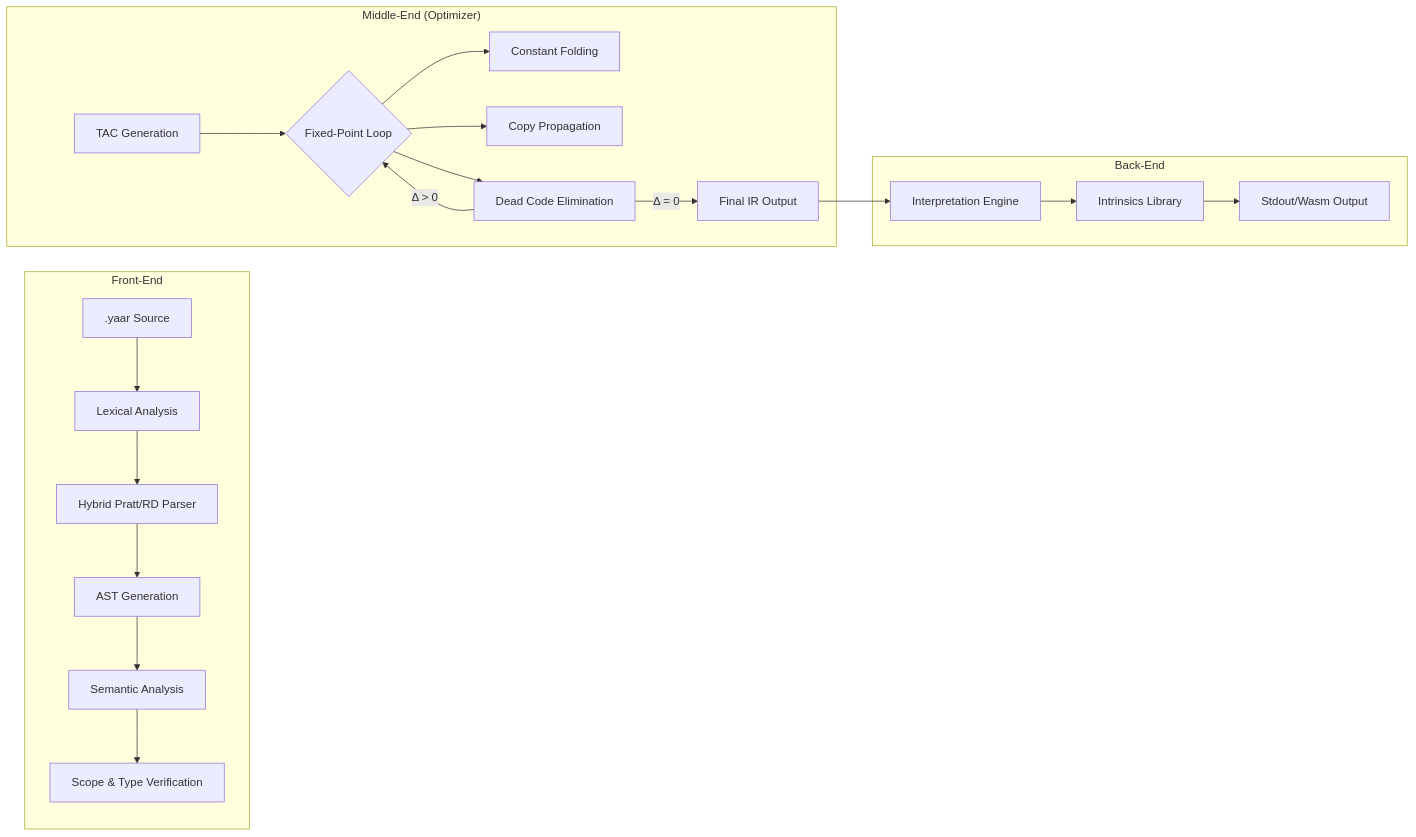
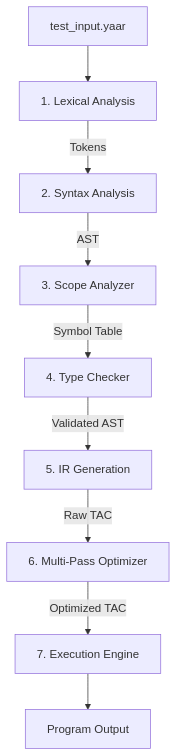
Before and after one commit to BazilSuhail/YaarScript: the diagram in README.md, drawn with Mermaid. The commit also changed other lines of this file and 6 other files, not shown here.

Commit message:
docs: Add detailed specifications for Lexer, Parser, Scope Analyzer, Type Checker, TAC Generation, and IR Optimization, updating the README accordingly.

````diff
--- a/README.md
+++ b/README.md
@@ -13,25 +22,11 @@
 ```mermaid
-graph LR
-    subgraph Front-End
-    A[.yaar Source] --> B[Lexical Analysis]
-    B --> C[Hybrid Pratt/RD Parser]
-    C --> D[AST Generation]
-    D --> E[Semantic Analysis]
-    E --> F[Scope & Type Verification]
-    end
-
-    subgraph "Middle-End (Optimizer)"
-    G[TAC Generation] --> H{Fixed-Point Loop}
-    H --> I[Constant Folding]
-    H --> J[Copy Propagation]
-    H --> K[Dead Code Elimination]
-    K -->|Δ > 0| H
-    K -->|Δ = 0| L[Final IR Output]
-    end
-
-    subgraph Back-End
-    L --> M[Interpretation Engine]
-    M --> N[Intrinsics Library]
-    N --> O[Stdout/Wasm Output]
-    end
+graph TD
+    Source[test_input.yaar] --> Lexer[1. Lexical Analysis]
+    Lexer -->|Tokens| Parser[2. Syntax Analysis]
+    Parser -->|AST| Scope[3. Scope Analyzer]
+    Scope -->|Symbol Table| Type[4. Type Checker]
+    Type -->|Validated AST| TAC[5. IR Generation]
+    TAC -->|Raw TAC| Opt[6. Multi-Pass Optimizer]
+    Opt -->|Optimized TAC| Exec[7. Execution Engine]
+    Exec --> Output[Program Output]
 ```
````
